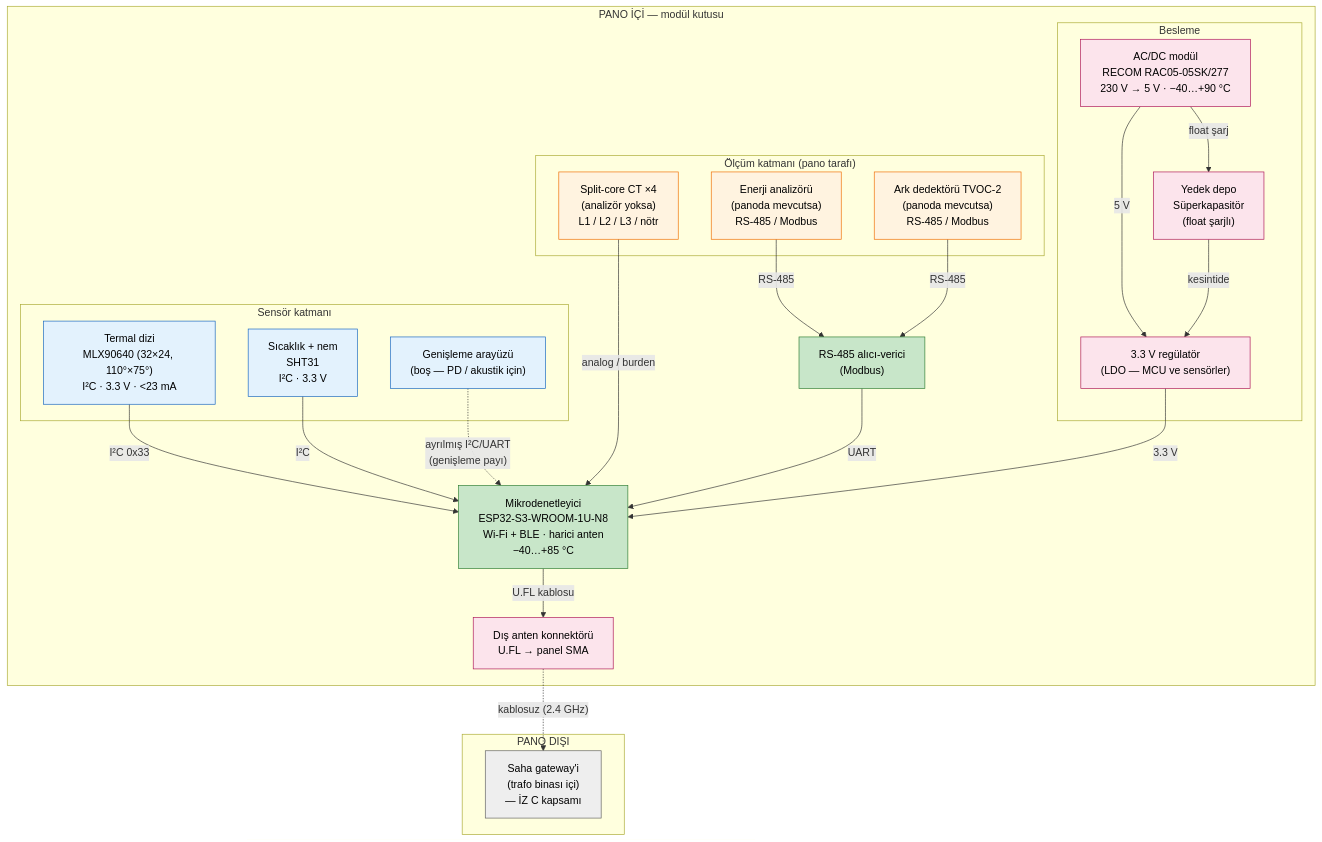
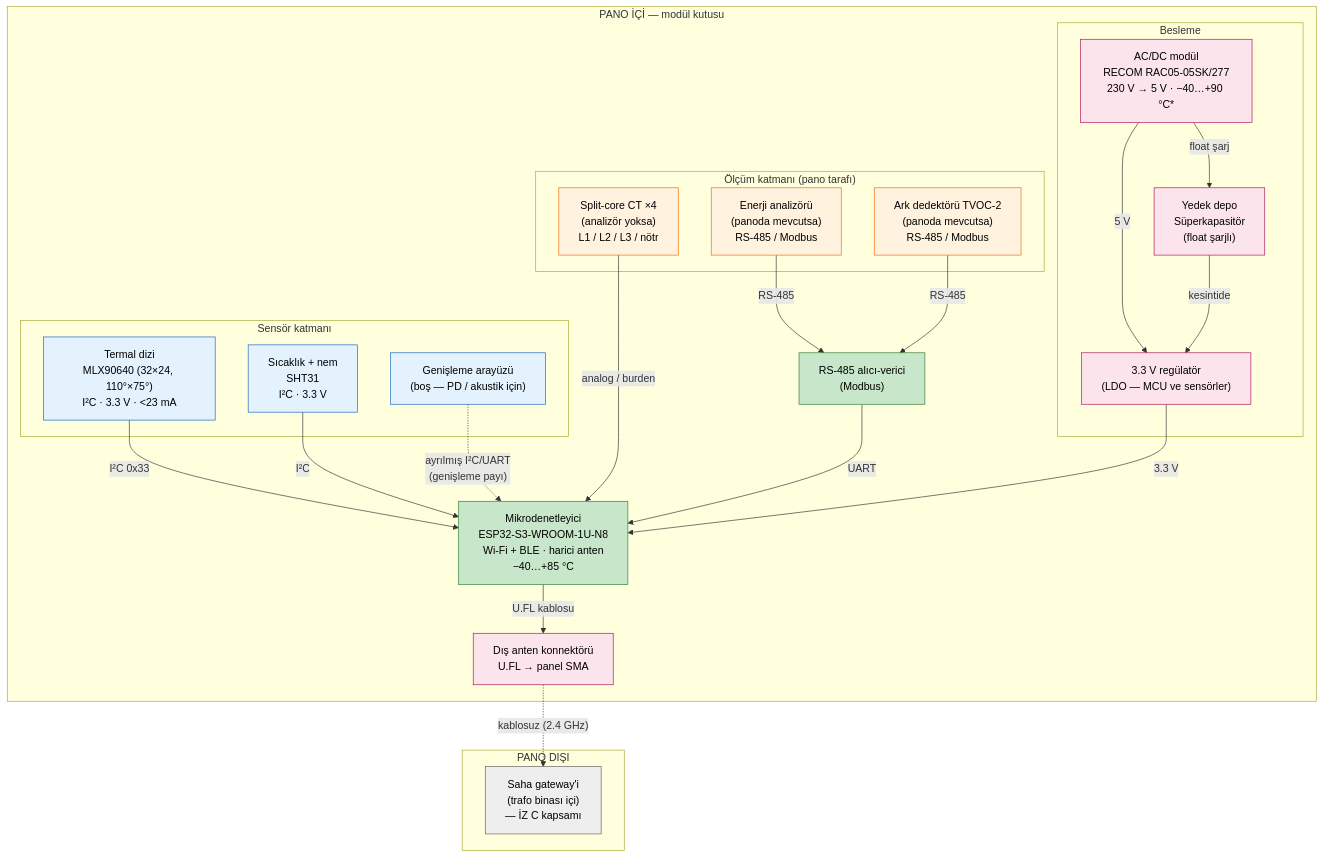
One commit to LogiAI-Marmara/Grid-Up-Hackathon changed the diagram in docs/track-a/01-blok-sema.md. Above: the diagram before and after it, drawn with Mermaid. The commit also changed other lines of this file and 4 other files, not shown here.

````diff
--- a/docs/track-a/01-blok-sema.md
+++ b/docs/track-a/01-blok-sema.md
@@ -11,58 +11,58 @@
 ```mermaid
 flowchart TB
     subgraph PANO["PANO İÇİ — modül kutusu"]
         subgraph SENSOR["Sensör katmanı"]
             T["Termal dizi<br/>MLX90640 (32×24, 110°×75°)<br/>I²C · 3.3 V · &lt;23 mA"]
             TH["Sıcaklık + nem<br/>SHT31<br/>I²C · 3.3 V"]
             EXT["Genişleme arayüzü<br/>(boş — PD / akustik için)"]
         end
 
         subgraph OLCUM["Ölçüm katmanı (pano tarafı)"]
             AN["Enerji analizörü<br/>(panoda mevcutsa)<br/>RS-485 / Modbus"]
             CT["Split-core CT ×4<br/>(analizör yoksa)<br/>L1 / L2 / L3 / nötr"]
             ARC["Ark dedektörü TVOC-2<br/>(panoda mevcutsa)<br/>RS-485 / Modbus"]
         end
 
         MCU["Mikrodenetleyici<br/>ESP32-S3-WROOM-1U-N8<br/>Wi-Fi + BLE · harici anten<br/>−40…+85 °C"]
         RX["RS-485 alıcı-verici<br/>(Modbus)"]
 
         subgraph GUC["Besleme"]
-            PSU["AC/DC modül<br/>RECOM RAC05-05SK/277<br/>230 V → 5 V · −40…+90 °C"]
+            PSU["AC/DC modül<br/>RECOM RAC05-05SK/277<br/>230 V → 5 V · −40…+90 °C*"]
             SC["Yedek depo<br/>Süperkapasitör<br/>(float şarjlı)"]
             LDO["3.3 V regülatör<br/>(LDO — MCU ve sensörler)"]
         end
 
         ANT["Dış anten konnektörü<br/>U.FL → panel SMA"]
     end
 
     subgraph DISI["PANO DIŞI"]
         GWA["Saha gateway'i<br/>(trafo binası içi)<br/>— İZ C kapsamı"]
     end
 
     T -->|"I²C 0x33"| MCU
     TH -->|"I²C"| MCU
     EXT -.->|"ayrılmış I²C/UART<br/>(genişleme payı)"| MCU
     AN -->|"RS-485"| RX
     ARC -->|"RS-485"| RX
     CT -->|"analog / burden"| MCU
     RX -->|"UART"| MCU
 
     PSU -->|"5 V"| LDO
     PSU -->|"float şarj"| SC
     SC -->|"kesintide"| LDO
     LDO -->|"3.3 V"| MCU
 
     MCU -->|"U.FL kablosu"| ANT
     ANT -.->|"kablosuz (2.4 GHz)"| GWA
 
     classDef sensor fill:#e3f2fd,stroke:#1565c0,color:#000
     classDef olcum fill:#fff3e0,stroke:#ef6c00,color:#000
     classDef mcu fill:#c8e6c9,stroke:#2e7d32,color:#000
     classDef guc fill:#fce4ec,stroke:#ad1457,color:#000
     classDef disi fill:#eeeeee,stroke:#616161,color:#000
     class T,TH,EXT sensor
     class AN,CT,ARC olcum
     class MCU,RX mcu
     class PSU,SC,LDO,ANT guc
     class GWA disi
 ```
````
